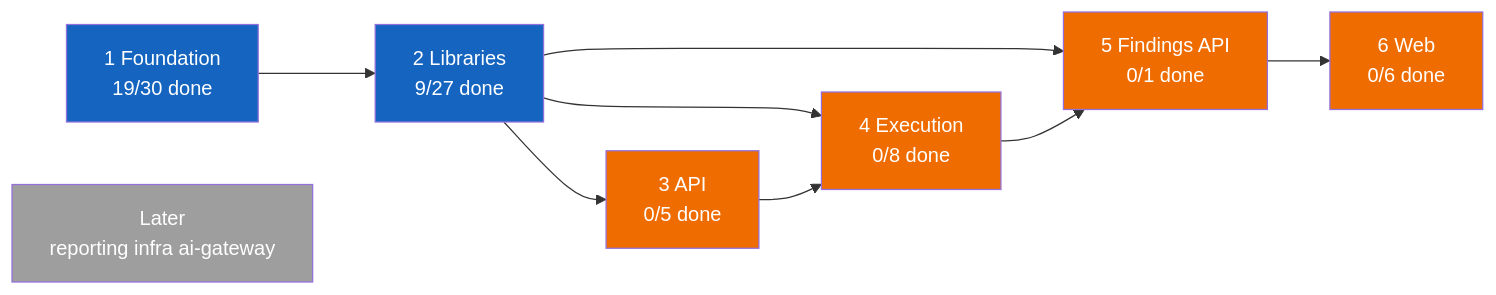
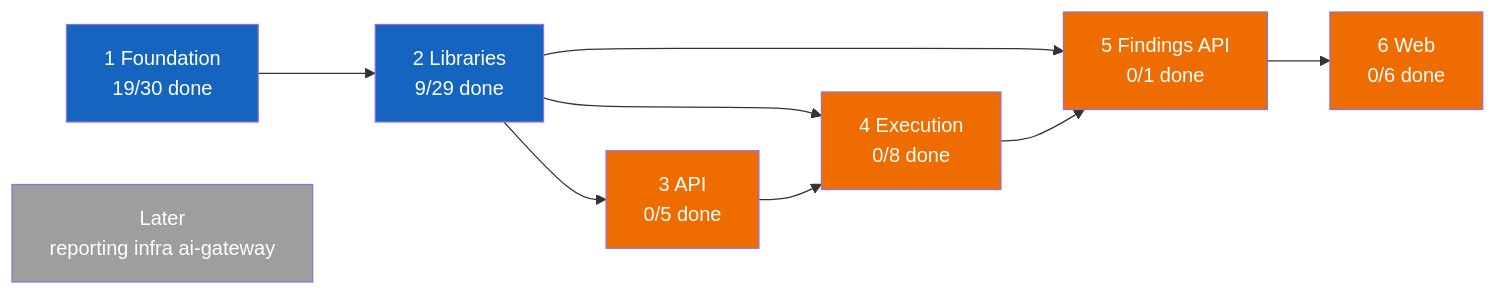
One commit to vulcanflow/docs changed the first of 2 diagrams in PROGRESS.md. Above: the diagram before and after it, drawn with Mermaid. The commit also changed other lines of this file and 1 other file, not shown here.

````diff
--- a/PROGRESS.md
+++ b/PROGRESS.md
@@ -24,31 +24,31 @@
 ```mermaid
 flowchart LR
   P1["1 Foundation<br/>19/30 done"]
-  P2["2 Libraries<br/>9/27 done"]
+  P2["2 Libraries<br/>9/29 done"]
   P3["3 API<br/>0/5 done"]
   P4["4 Execution<br/>0/8 done"]
   P5["5 Findings API<br/>0/1 done"]
   P6["6 Web<br/>0/6 done"]
   L["Later<br/>reporting infra ai-gateway"]
 
   P1 --> P2
   P2 --> P3
   P2 --> P4
   P3 --> P4
   P2 --> P5
   P4 --> P5
   P5 --> P6
 
   classDef done fill:#2e7d32,color:#fff
   classDef active fill:#1565c0,color:#fff
   classDef held fill:#9e9e9e,color:#fff
   classDef blocked fill:#ef6c00,color:#fff
 
   class P1 active
   class P2 active
   class P3 blocked
   class P4 blocked
   class P5 blocked
   class P6 blocked
   class L held
 ```
````
